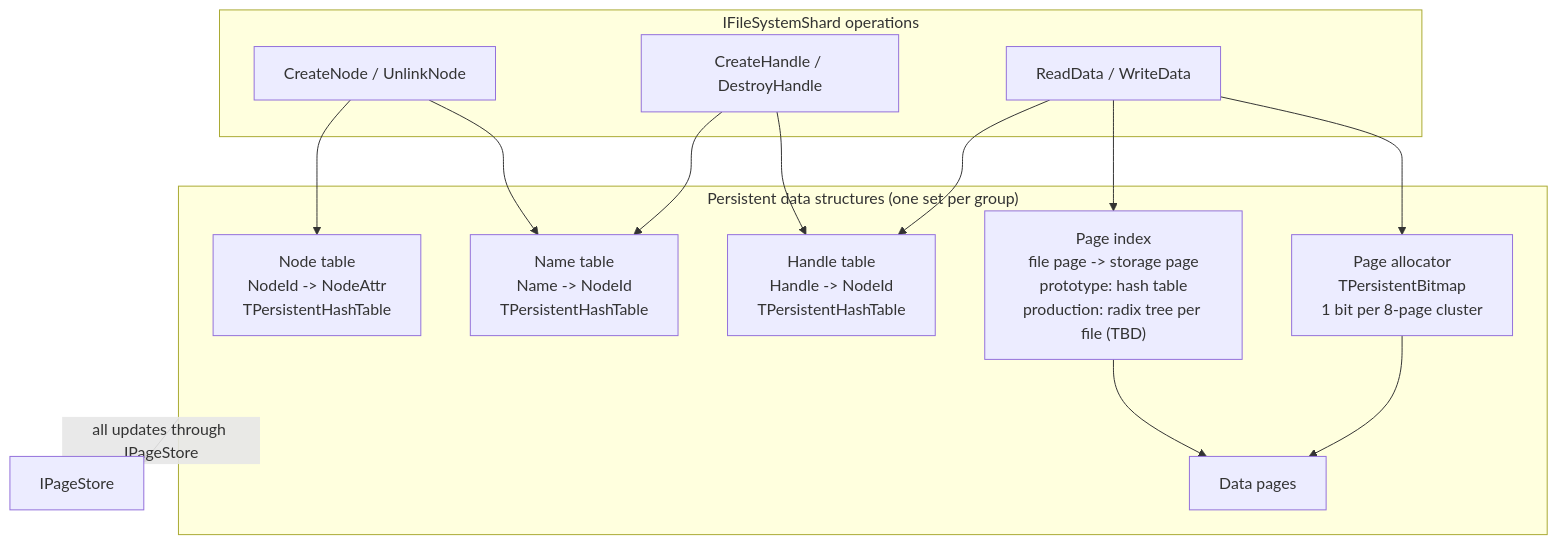
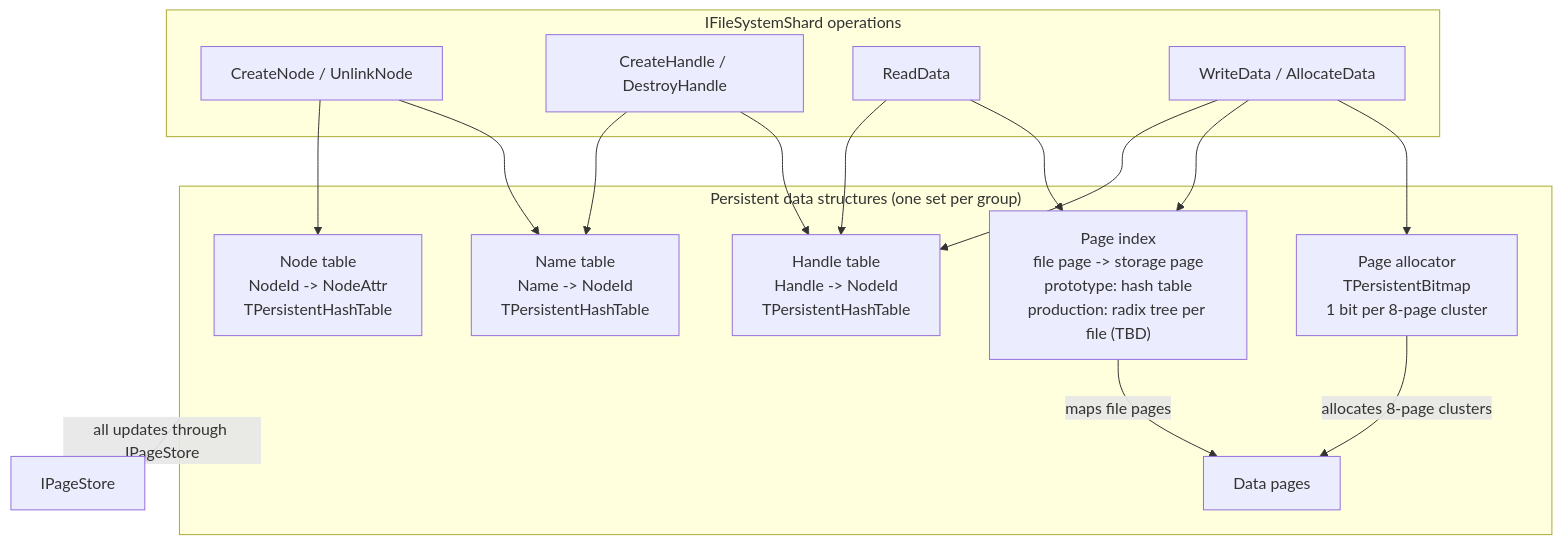
One commit to ydb-platform/nbs changed the diagram in doc/filestore/design/storage/fastshard/shard.md. Above: the diagram before and after it, drawn with Mermaid. The commit also changed 5 other files, not shown here.

````diff
--- a/doc/filestore/design/storage/fastshard/shard.md
+++ b/doc/filestore/design/storage/fastshard/shard.md
@@ -86,29 +86,32 @@
 ```mermaid
 flowchart TD
     subgraph ops["IFileSystemShard operations"]
         CN["CreateNode / UnlinkNode"]
         CH["CreateHandle / DestroyHandle"]
-        RW["ReadData / WriteData"]
+        RD["ReadData"]
+        WR["WriteData / AllocateData"]
     end
 
     subgraph structures["Persistent data structures (one set per group)"]
         NT["Node table<br/>NodeId -> NodeAttr<br/>TPersistentHashTable"]
         NAT["Name table<br/>Name -> NodeId<br/>TPersistentHashTable"]
         HT["Handle table<br/>Handle -> NodeId<br/>TPersistentHashTable"]
         PI["Page index<br/>file page -> storage page<br/>prototype: hash table<br/>production: radix tree per file (TBD)"]
         PA["Page allocator<br/>TPersistentBitmap<br/>1 bit per 8-page cluster"]
         DP["Data pages"]
     end
 
     CN --> NT
     CN --> NAT
     CH --> NAT
     CH --> HT
-    RW --> HT
-    RW --> PI
-    RW --> PA
-    PI --> DP
-    PA --> DP
+    RD --> HT
+    RD --> PI
+    WR --> HT
+    WR --> PI
+    WR --> PA
+    PI -->|"maps file pages"| DP
+    PA -->|"allocates 8-page clusters"| DP
 
     structures -->|"all updates through IPageStore"| PS["IPageStore"]
 ```
````
